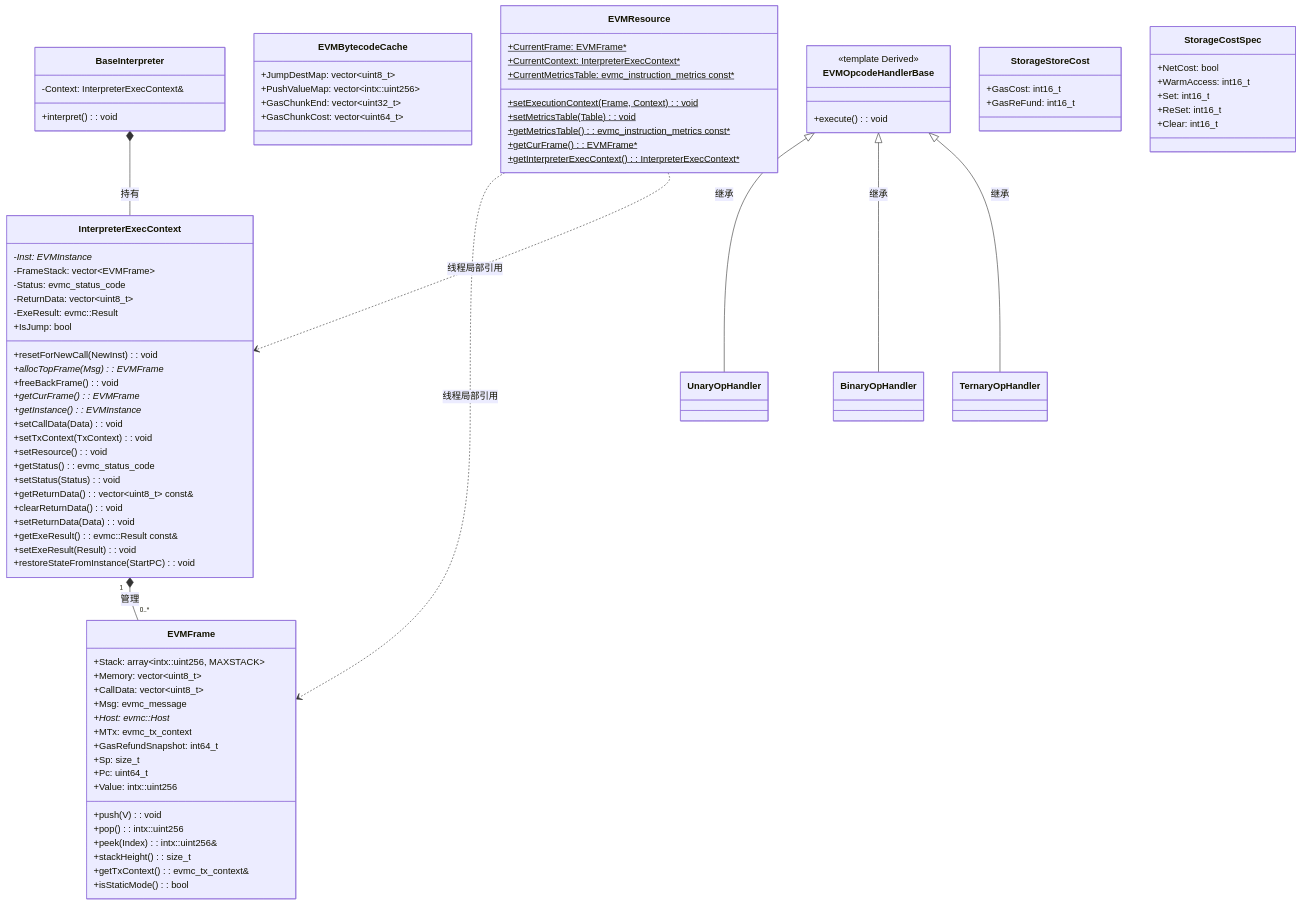
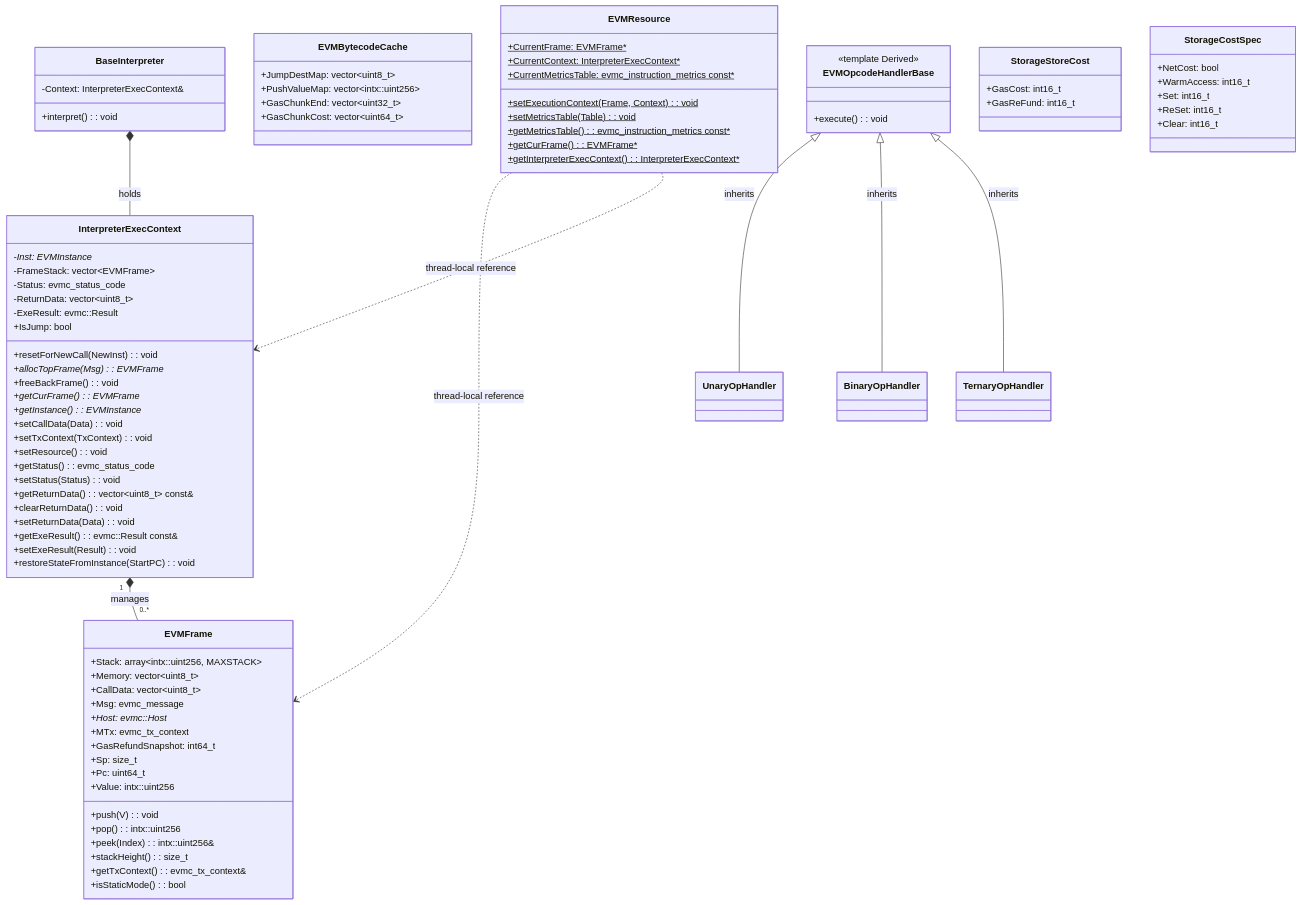
One commit to DTVMStack/DTVM changed the diagram in specs/modules/evm/data-model.md. Above: the diagram before and after it, drawn with Mermaid. The commit also changed other lines of this file and 41 other files, not shown here.

````diff
--- a/specs/modules/evm/data-model.md
+++ b/specs/modules/evm/data-model.md
@@ -91,11 +91,11 @@
         +Clear: int16_t
     }
 
-    InterpreterExecContext "1" *-- "0..*" EVMFrame : 管理
-    BaseInterpreter *-- InterpreterExecContext : 持有
-    EVMResource ..> EVMFrame : 线程局部引用
-    EVMResource ..> InterpreterExecContext : 线程局部引用
-    EVMOpcodeHandlerBase <|-- UnaryOpHandler : 继承
-    EVMOpcodeHandlerBase <|-- BinaryOpHandler : 继承
-    EVMOpcodeHandlerBase <|-- TernaryOpHandler : 继承
+    InterpreterExecContext "1" *-- "0..*" EVMFrame : manages
+    BaseInterpreter *-- InterpreterExecContext : holds
+    EVMResource ..> EVMFrame : thread-local reference
+    EVMResource ..> InterpreterExecContext : thread-local reference
+    EVMOpcodeHandlerBase <|-- UnaryOpHandler : inherits
+    EVMOpcodeHandlerBase <|-- BinaryOpHandler : inherits
+    EVMOpcodeHandlerBase <|-- TernaryOpHandler : inherits
 ```
````
